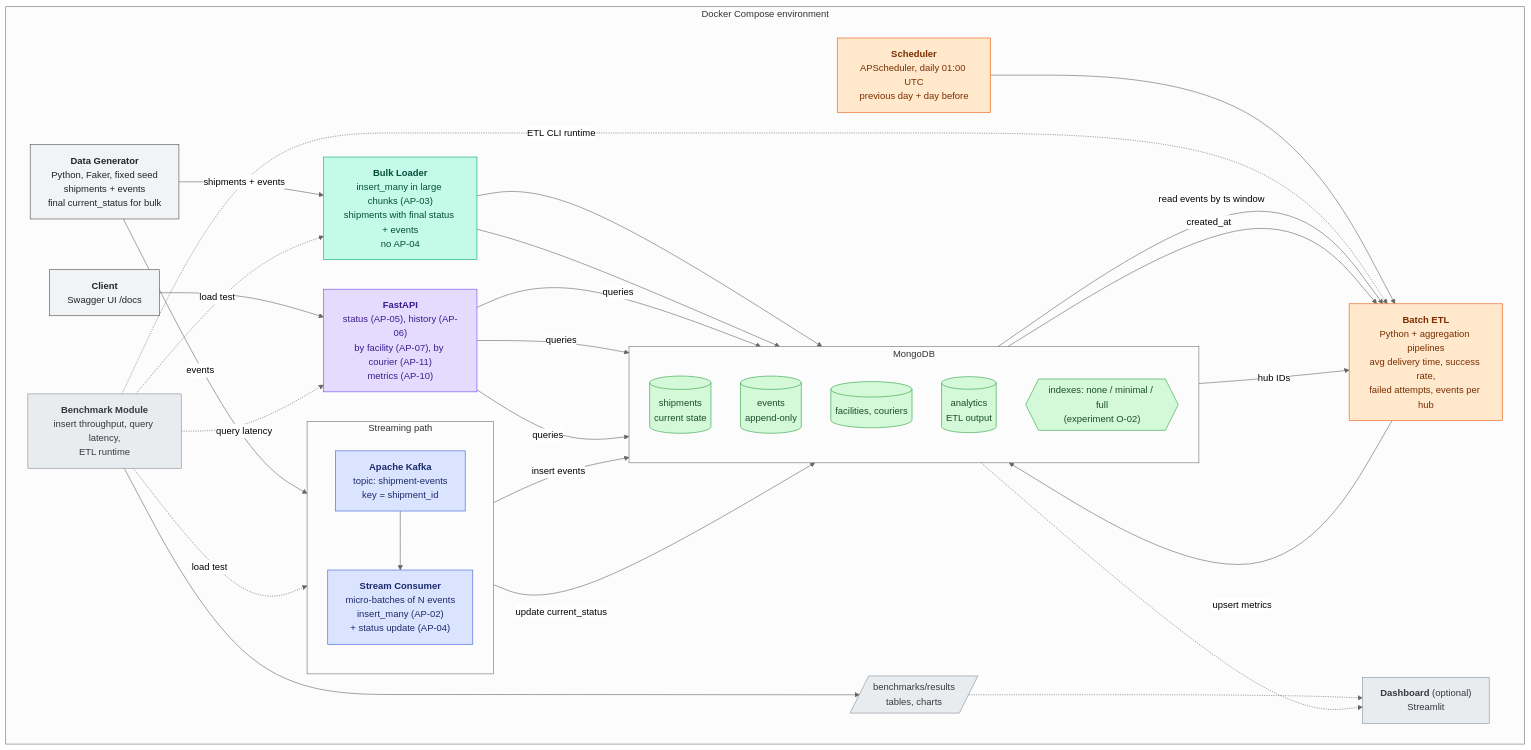
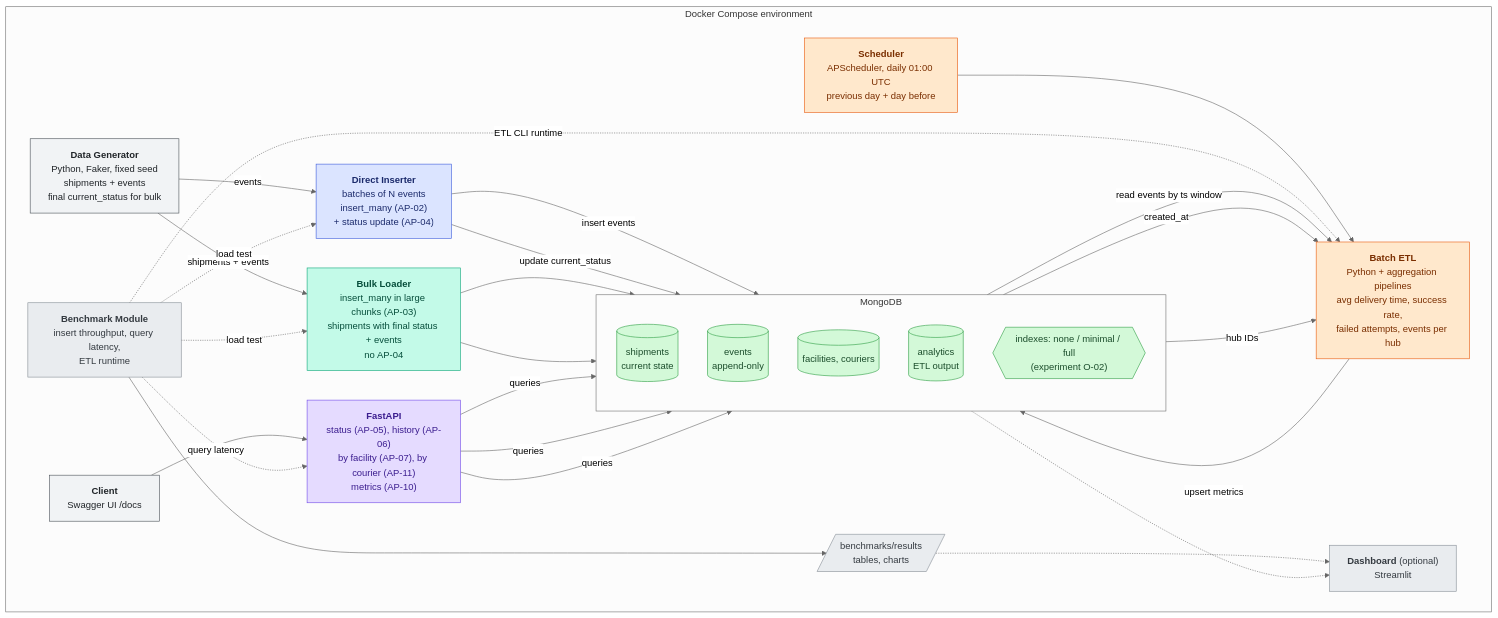
One commit to petrshulgat/shipment-tracking-thesis changed the diagram in docs/architecure_design.md. Above: the diagram before and after it, drawn with Mermaid (neutral theme). The commit also changed 6 other files, not shown here.

Commit message:
remove Kafka, use direct insert path

```diff
--- a/docs/architecure_design.md
+++ b/docs/architecure_design.md
@@ -7,12 +7,7 @@
  
     GEN["<b>Data Generator</b><br/>Python, Faker, fixed seed<br/>shipments + events<br/>final current_status for bulk"]
  
-    subgraph STREAM["Streaming path"]
-      direction TB
-      KAFKA["<b>Apache Kafka</b><br/>topic: shipment-events<br/>key = shipment_id"]
-      CONS["<b>Stream Consumer</b><br/>micro-batches of N events<br/>insert_many (AP-02)<br/>+ status update (AP-04)"]
-      KAFKA --> CONS
-    end
+    DIRECT["<b>Direct Inserter</b><br/>batches of N events<br/>insert_many (AP-02)<br/>+ status update (AP-04)"]
  
     BULK["<b>Bulk Loader</b><br/>insert_many in large chunks (AP-03)<br/>shipments with final status + events<br/>no AP-04"]
  
@@ -36,10 +31,10 @@
     DASH["<b>Dashboard</b> (optional)<br/>Streamlit"]
   end
  
-  %% Streaming path
-  GEN -->|events| KAFKA
-  CONS -->|insert events| EV
-  CONS -->|update current_status| SH
+  %% Direct insert path
+  GEN -->|events| DIRECT
+  DIRECT -->|insert events| EV
+  DIRECT -->|update current_status| SH
  
   %% Bulk path
   GEN -->|shipments + events| BULK
@@ -61,7 +56,7 @@
  
   %% Monitoring / benchmarking
   BENCH -.->|load test| BULK
-  BENCH -.->|load test| KAFKA
+  BENCH -.->|load test| DIRECT
   BENCH -.->|query latency| API
   BENCH -.->|ETL CLI runtime| ETL
   BENCH --> RES
@@ -69,7 +64,7 @@
   AN -.-> DASH
  
   classDef gen fill:#f1f3f5,stroke:#495057,color:#212529;
-  classDef stream fill:#dbe4ff,stroke:#3b5bdb,color:#1b2a6b;
+  classDef direct fill:#dbe4ff,stroke:#3b5bdb,color:#1b2a6b;
   classDef bulk fill:#c3fae8,stroke:#0ca678,color:#064e3b;
   classDef api fill:#e5dbff,stroke:#7048e8,color:#3b1d8f;
   classDef etl fill:#ffe8cc,stroke:#e8590c,color:#7a2e00;
@@ -77,7 +72,7 @@
   classDef db fill:#d3f9d8,stroke:#2f9e44,color:#1b4d2b;
  
   class GEN,CLIENT gen;
-  class KAFKA,CONS stream;
+  class DIRECT direct;
   class BULK bulk;
   class API api;
   class SCHED,ETL etl;
```
